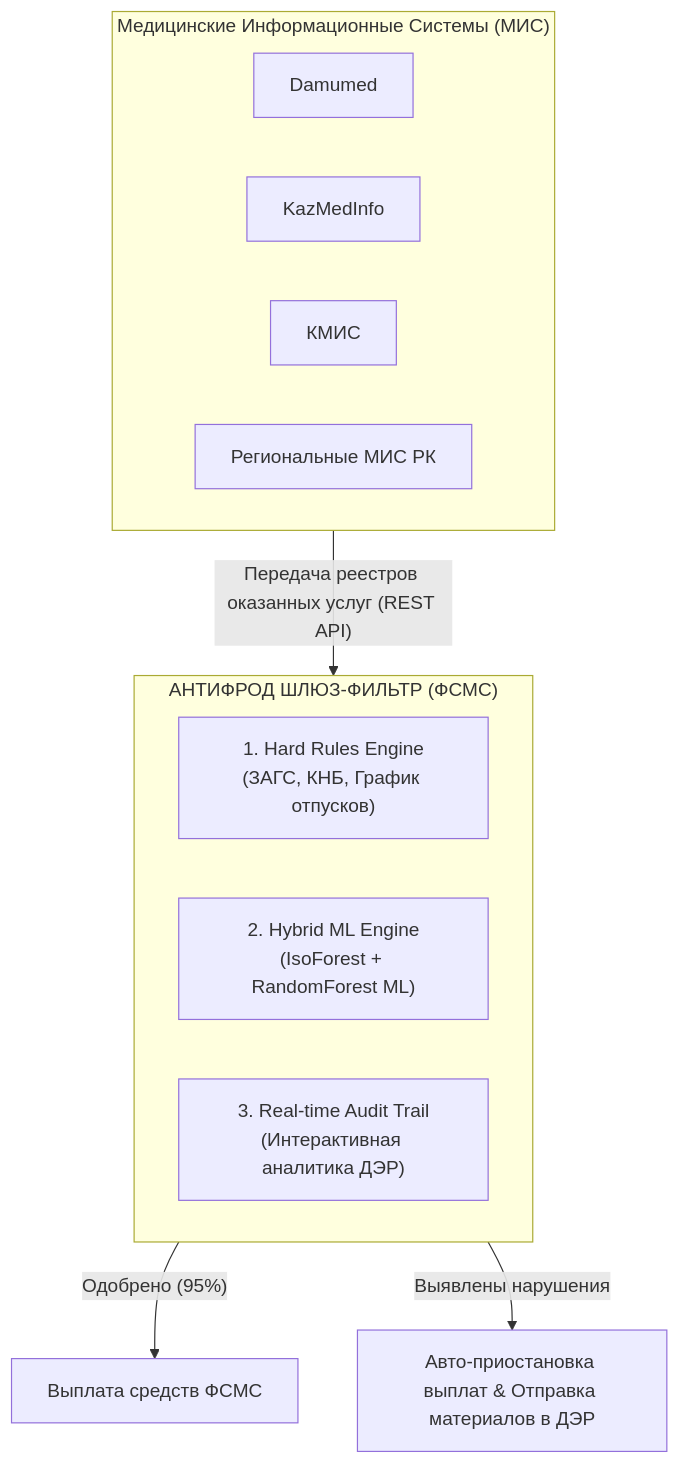
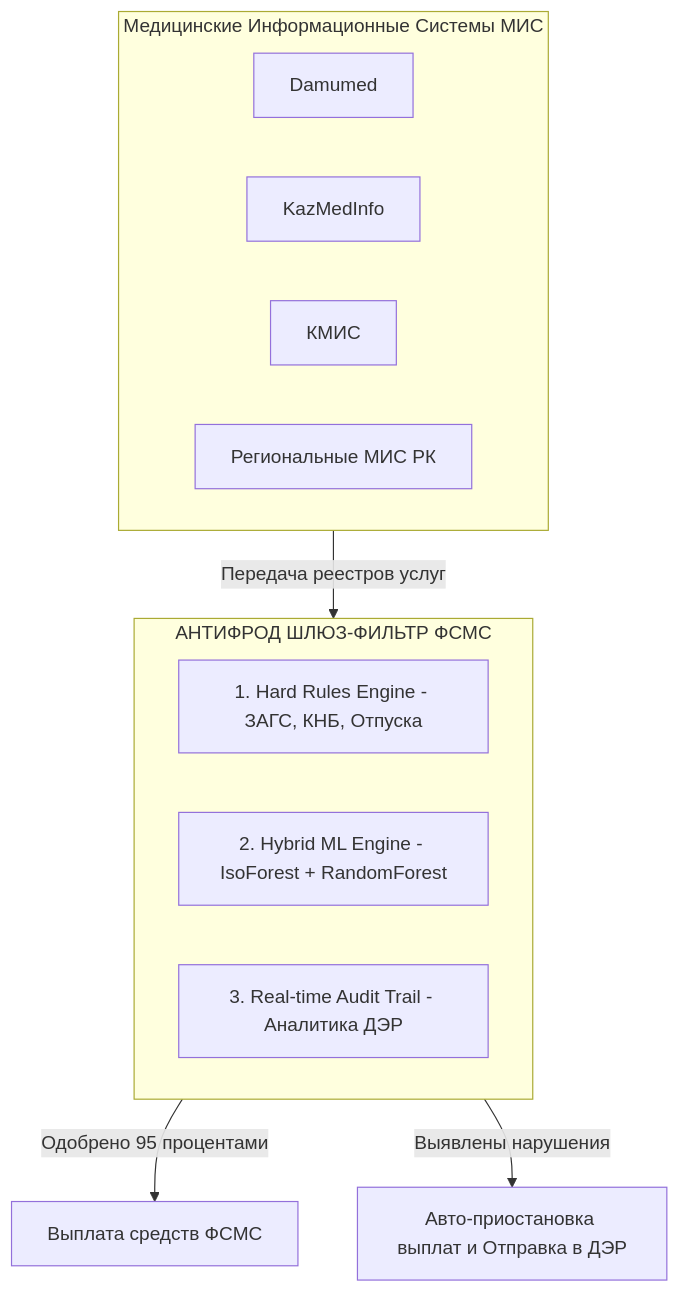
The diagram in README.md (Garryflop/AntiFraud), drawn with Mermaid before and after one commit.

Commit message:
fix: simplify mermaid syntax for github markdown compatibility

````diff
--- a/README.md
+++ b/README.md
@@ -11,20 +11,20 @@
 ```mermaid
-graph TD
-    subgraph MIS ["Медицинские Информационные Системы (МИС)"]
+flowchart TD
+    subgraph MIS ["Медицинские Информационные Системы МИС"]
         MIS1["Damumed"]
         MIS2["KazMedInfo"]
         MIS3["КМИС"]
         MIS4["Региональные МИС РК"]
     end
 
-    subgraph GATEWAY ["АНТИФРОД ШЛЮЗ-ФИЛЬТР (ФСМС)"]
-        E1["1. Hard Rules Engine<br/>(ЗАГС, КНБ, График отпусков)"]
-        E2["2. Hybrid ML Engine<br/>(IsoForest + RandomForest ML)"]
-        E3["3. Real-time Audit Trail<br/>(Интерактивная аналитика ДЭР)"]
+    subgraph GATEWAY ["АНТИФРОД ШЛЮЗ-ФИЛЬТР ФСМС"]
+        E1["1. Hard Rules Engine - ЗАГС, КНБ, Отпуска"]
+        E2["2. Hybrid ML Engine - IsoForest + RandomForest"]
+        E3["3. Real-time Audit Trail - Аналитика ДЭР"]
     end
 
-    MIS -->|"Передача реестров оказанных услуг (REST API)"| GATEWAY
+    MIS -->|"Передача реестров услуг"| GATEWAY
 
-    GATEWAY -->|"Одобрено (95%)"| OK["Выплата средств ФСМС"]
-    GATEWAY -->|"Выявлены нарушения"| BLOCK["Авто-приостановка выплат & Отправка материалов в ДЭР"]
+    GATEWAY -->|"Одобрено 95 процентами"| OK["Выплата средств ФСМС"]
+    GATEWAY -->|"Выявлены нарушения"| BLOCK["Авто-приостановка выплат и Отправка в ДЭР"]
 ```
````
